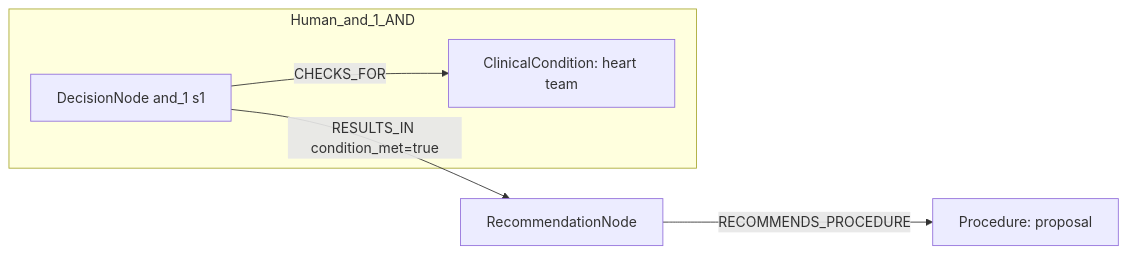
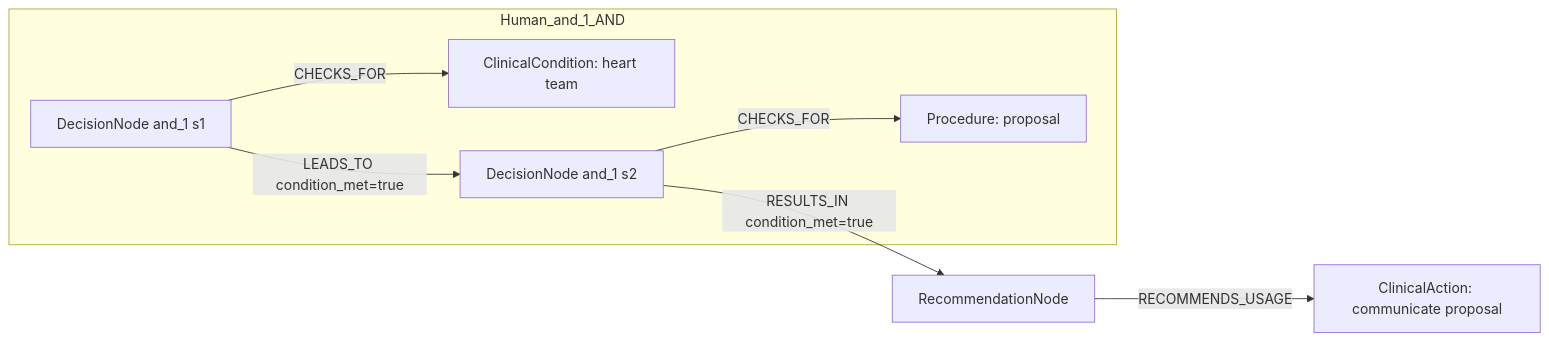
The first of 2 diagrams in docs/table22_rows_comparison/row_03.md (dieterich-lab/CardioGuidelinesGraph), drawn with Mermaid before and after one commit. The commit also changed other lines of this file and 21 other files, not shown here.

Commit message:
Fix rowwise Mermaid side handling for human annotations

````diff
--- a/docs/table22_rows_comparison/row_03.md
+++ b/docs/table22_rows_comparison/row_03.md
@@ -110,12 +88,16 @@
 ```mermaid
 graph LR
   REC[RecommendationNode]
-  ACT1[Procedure: proposal]
-  REC -->|RECOMMENDS_PROCEDURE| ACT1
+  ACT1[ClinicalAction: communicate proposal]
+  REC -->|RECOMMENDS_USAGE| ACT1
   subgraph Human_and_1_AND
     D_and_1_1[DecisionNode and_1 s1]
     C_and_1_1[ClinicalCondition: heart team]
     D_and_1_1 -->|CHECKS_FOR| C_and_1_1
+    D_and_1_2[DecisionNode and_1 s2]
+    C_and_1_2[Procedure: proposal]
+    D_and_1_2 -->|CHECKS_FOR| C_and_1_2
+    D_and_1_1 -->|LEADS_TO condition_met=true| D_and_1_2
   end
-  D_and_1_1 -->|RESULTS_IN condition_met=true| REC
+  D_and_1_2 -->|RESULTS_IN condition_met=true| REC
 ```
````
